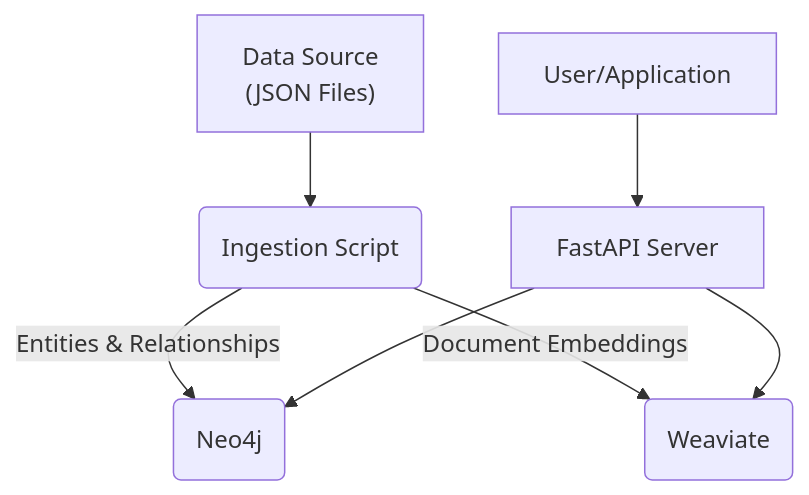
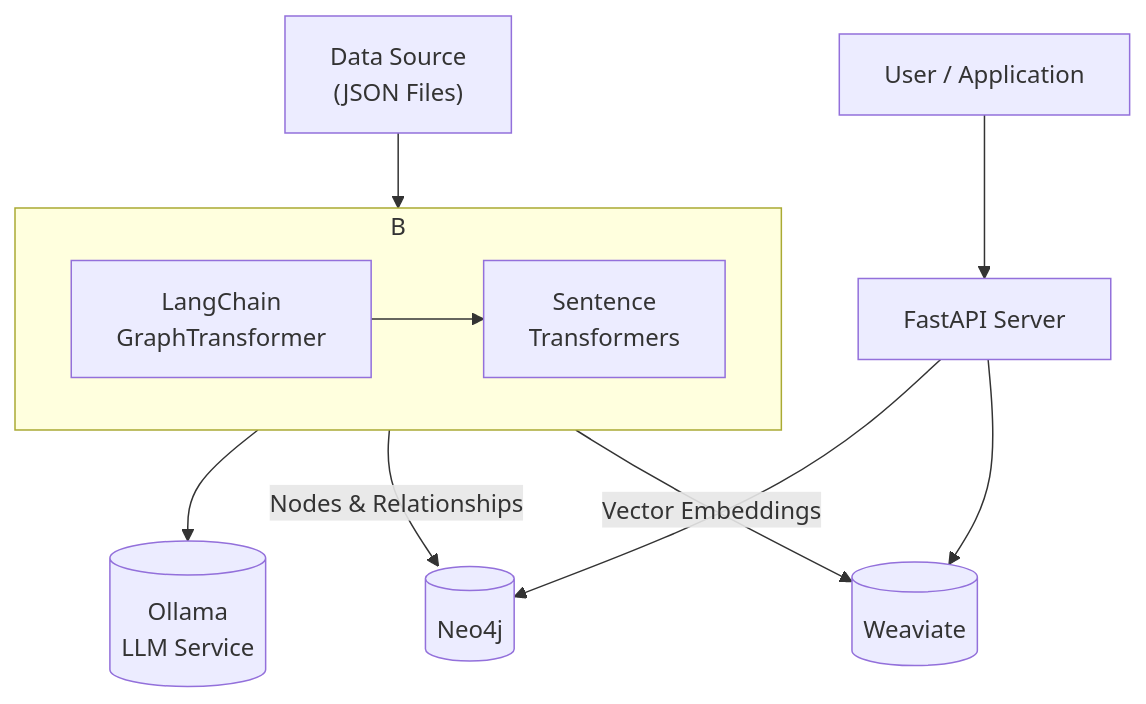
One commit to mikesparr/enterprise-knowledge-graph changed the diagram in README.md. Above: the diagram before and after it, drawn with Mermaid. The commit also changed other lines of this file and 7 other files, not shown here.

Commit message:
Updated example to use LLM for building graph DB

````diff
--- a/README.md
+++ b/README.md
@@ -16,9 +21,14 @@
 ```mermaid
 graph TD
-    A["Data Source <br> (JSON Files)"] --> B("Ingestion Script");
-    B -- "Entities & Relationships" --> C("Neo4j");
-    B -- "Document Embeddings" --> D("Weaviate");
-    E["FastAPI Server"] --> C;
-    E --> D;
-    F["User/Application"] --> E;
+    A["Data Source <br> (JSON Files)"] --> B{Ingestion Script};
+    subgraph B
+        direction LR
+        B1["LangChain<br>GraphTransformer"] --> B2["Sentence<br>Transformers"];
+    end
+    B1 --> C[("Ollama<br>LLM Service")];
+    B1 -- "Nodes & Relationships" --> D[(Neo4j)];
+    B2 -- "Vector Embeddings" --> E[(Weaviate)];
+    F[FastAPI Server] --> D;
+    F --> E;
+    G["User / Application"] --> F;
 ```
````
